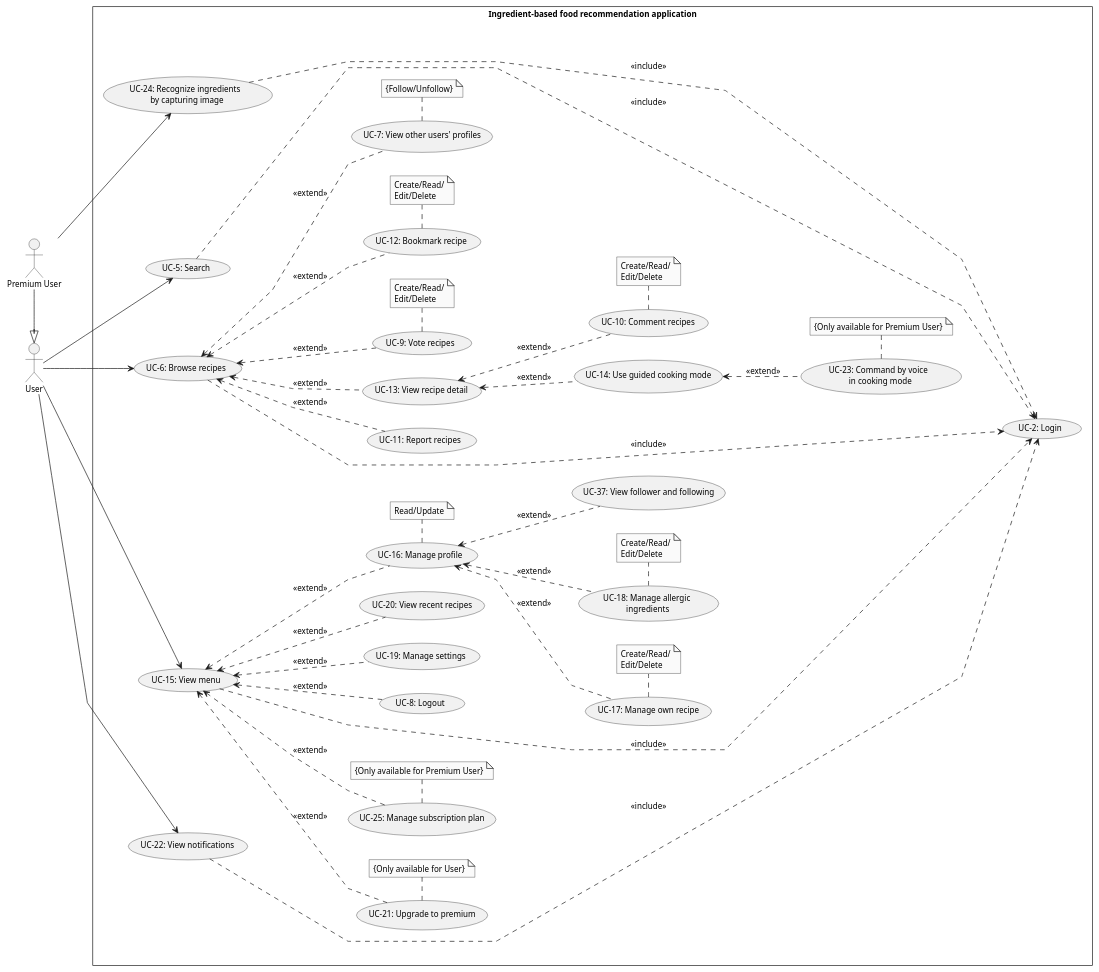
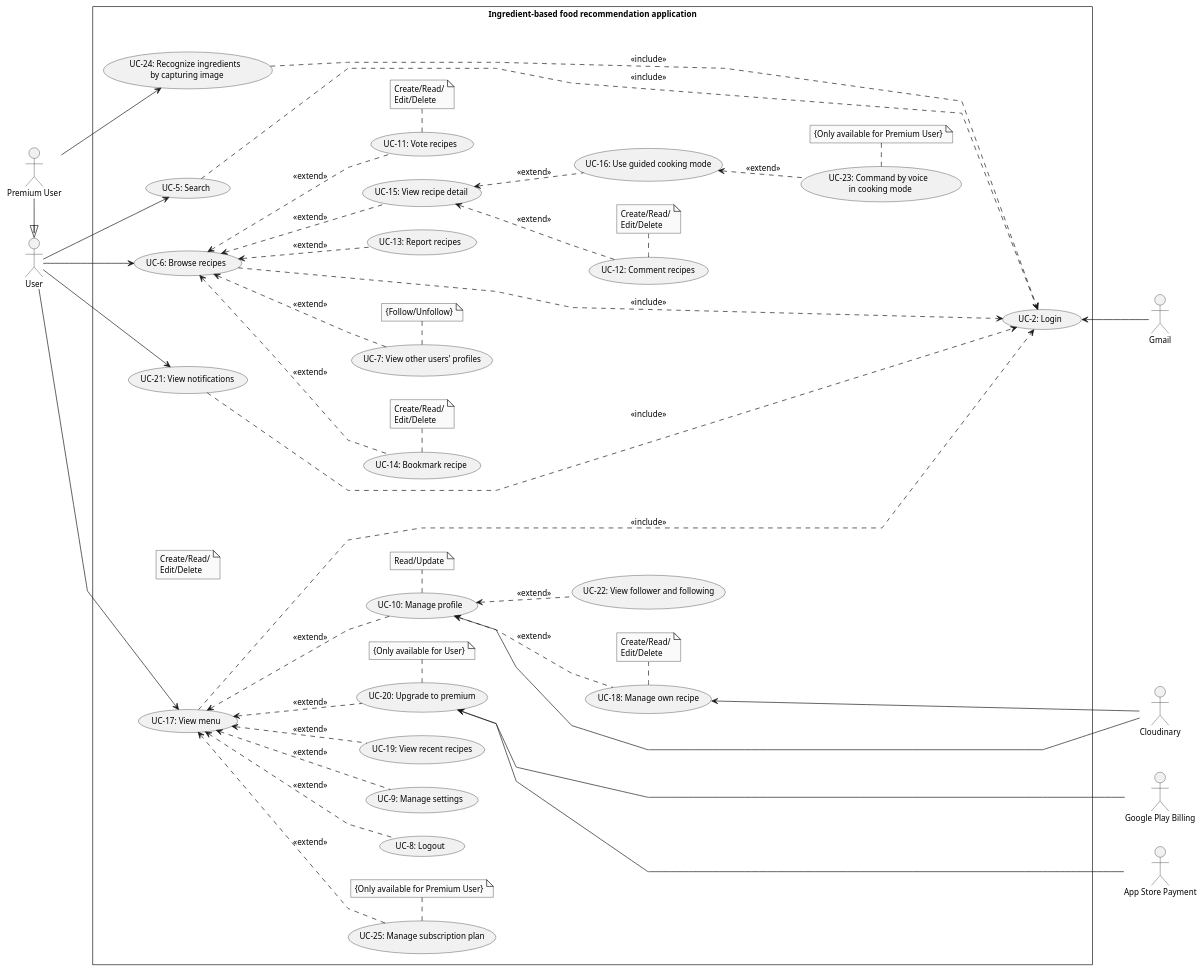
One commit to Carl-Johnsons/tastopia changed the diagram in doc/SRS/Usecase/UserUsecase/UserUsecase.plantuml. Above: the diagram before and after it, drawn with PlantUML. The commit also changed 7 other files, not shown here.

```diff
--- a/doc/SRS/Usecase/UserUsecase/UserUsecase.plantuml
+++ b/doc/SRS/Usecase/UserUsecase/UserUsecase.plantuml
@@ -1,102 +1,108 @@
 @startuml UserUsecase
 skinparam style strictuml
 skinparam monochrome true
 skinparam linetype polyline
 skinparam defaultFontSize 12
 left to right direction
 actor "User" as user
 actor "Premium User" as pUser
-' actor "Admin" as admin
+actor "Gmail" as gmail
+actor "Google Play Billing" as gpb
+actor "App Store Payment" as asp
+actor "Cloudinary" as cl
+
 rectangle Ingredient-based<U+0020>food<U+0020>recommendation<U+0020>application {
     usecase "UC-2: Login" as ucLogin
     usecase "UC-8: Logout" as ucLogout
+    usecase "UC-9: Manage settings" as ucManageSetting
+    usecase "UC-10: Manage profile" as ucManageProfile
 
     usecase "UC-5: Search" as ucSearch
-
     usecase "UC-6: Browse recipes" as ucBrowseRecipes
-    usecase "UC-9: Vote recipes" as ucVoteRecipe
-    usecase "UC-10: Comment recipes" as ucCmtRecipe
-    usecase "UC-11: Report recipes" as ucReportRecipe
-    usecase "UC-12: Bookmark recipe" as ucBookmarkRecipe
-    usecase "UC-13: View recipe detail" as ucViewRecipeDetail
-    usecase "UC-14: Use guided cooking mode" as ucGuidedCCM
+    usecase "UC-11: Vote recipes" as ucVoteRecipe
+    usecase "UC-12: Comment recipes" as ucCmtRecipe
+    usecase "UC-13: Report recipes" as ucReportRecipe
+    usecase "UC-14: Bookmark recipe" as ucBookmarkRecipe
+    usecase "UC-15: View recipe detail" as ucViewRecipeDetail
+    usecase "UC-16: Use guided cooking mode" as ucGuidedCCM
     usecase "UC-7: View other users' profiles" as ucViewUSProfile
 
-    usecase "UC-15: View menu" as ucViewMenu
-    usecase "UC-16: Manage profile" as ucManageProfile
-    usecase "UC-17: Manage own recipe" as ucManageRecipe
-    usecase "UC-18: Manage allergic\n ingredients" as ucManageAller
-    usecase "UC-19: Manage settings" as ucManageSetting
-    usecase "UC-20: View recent recipes" as ucViewRecentRecipes
-    usecase "UC-21: Upgrade to premium" as ucUpgradeToPremium
+    usecase "UC-17: View menu" as ucViewMenu
+    usecase "UC-18: Manage own recipe" as ucManageRecipe
+    usecase "UC-19: View recent recipes" as ucViewRecentRecipes
+    usecase "UC-20: Upgrade to premium" as ucUpgradeToPremium
 
-    usecase "UC-22: View notifications" as ucViewNotif
-    usecase "UC-37: View follower and following" as ucViewFollow
+    usecase "UC-21: View notifications" as ucViewNotif
+    usecase "UC-22: View follower and following" as ucViewFollow
 
     note "Create/Read/\nEdit/Delete" as noteManageRecipe
     note "Create/Read/\nEdit/Delete" as noteManageAller
     note "Read/Update" as noteManageProfile
     note "Create/Read/\nEdit/Delete" as noteVoteRecipe
     note "Create/Read/\nEdit/Delete" as noteCmtRecipe
     note "Create/Read/\nEdit/Delete" as noteBookmarkRecipe
     note "{Only available for User}" as noteUpgradeToPremium
     note "{Follow/Unfollow}" as noteViewUSProfile
 
     user --> ucSearch
 
     user --> ucBrowseRecipes
         ucBrowseRecipes <.. ucVoteRecipe : <<extend>>
             ucVoteRecipe . noteVoteRecipe
         ucBrowseRecipes <.. ucReportRecipe : <<extend>>
         ucBrowseRecipes <.. ucViewRecipeDetail : <<extend>>
             ucViewRecipeDetail <.. ucCmtRecipe : <<extend>>
                 ucCmtRecipe . noteCmtRecipe
             ucViewRecipeDetail <.. ucGuidedCCM : <<extend>>
         ucBrowseRecipes <.. ucBookmarkRecipe : <<extend>>
             ucBookmarkRecipe . noteBookmarkRecipe
         ucBrowseRecipes <.. ucViewUSProfile : <<extend>>
             ucViewUSProfile . noteViewUSProfile
 
     user --> ucViewMenu
         ucViewMenu <.. ucManageProfile : <<extend>>
             ucManageProfile . noteManageProfile
             ucManageProfile <.. ucManageRecipe : <<extend>>
             ucManageProfile <.. ucViewFollow : <<extend>>
                 ucManageRecipe . noteManageRecipe
-            ucManageProfile <.. ucManageAller : <<extend>>
-                ucManageAller . noteManageAller
         ucViewMenu <.. ucManageSetting : <<extend>>
         ucViewMenu <.. ucViewRecentRecipes : <<extend>>
         ucViewMenu <.. ucUpgradeToPremium : <<extend>>
             ucUpgradeToPremium . noteUpgradeToPremium
         ucViewMenu <.. ucLogout : <<extend>>
 
     user --> ucViewNotif
+    
+    gmail -up-> ucLogin
+    gpb --up---> ucUpgradeToPremium 
+    asp --up---> ucUpgradeToPremium
+    cl --up--> ucManageProfile
+    cl --up--> ucManageRecipe
 
     ucSearch .....> ucLogin : <<include>>
     ucBrowseRecipes .....> ucLogin : <<include>>
     ucViewMenu .....> ucLogin : <<include>>
     ucViewNotif .....>ucLogin : <<include>>
 
 
     usecase "UC-23: Command by voice \n in cooking mode" as ucCommandVoiceCCM
     usecase "UC-24: Recognize ingredients \n by capturing image" as ucRecognizeIngre
     usecase "UC-25: Manage subscription plan" as ucMngSubcriptPlan
     
 
     note "{Only available for Premium User}" as noteMngSubcriptPlan
     note "{Only available for Premium User}" as noteCommandVoiceCCM
 
 
     pUser -|> user
     pUser --> ucRecognizeIngre
     ucGuidedCCM <.. ucCommandVoiceCCM : <<extend>>
         ucCommandVoiceCCM . noteCommandVoiceCCM
     ucViewMenu <.. ucMngSubcriptPlan : <<extend>>
         ucMngSubcriptPlan . noteMngSubcriptPlan
 
     ucRecognizeIngre .....> ucLogin : <<include>>
 
 }
 
 @enduml
```
